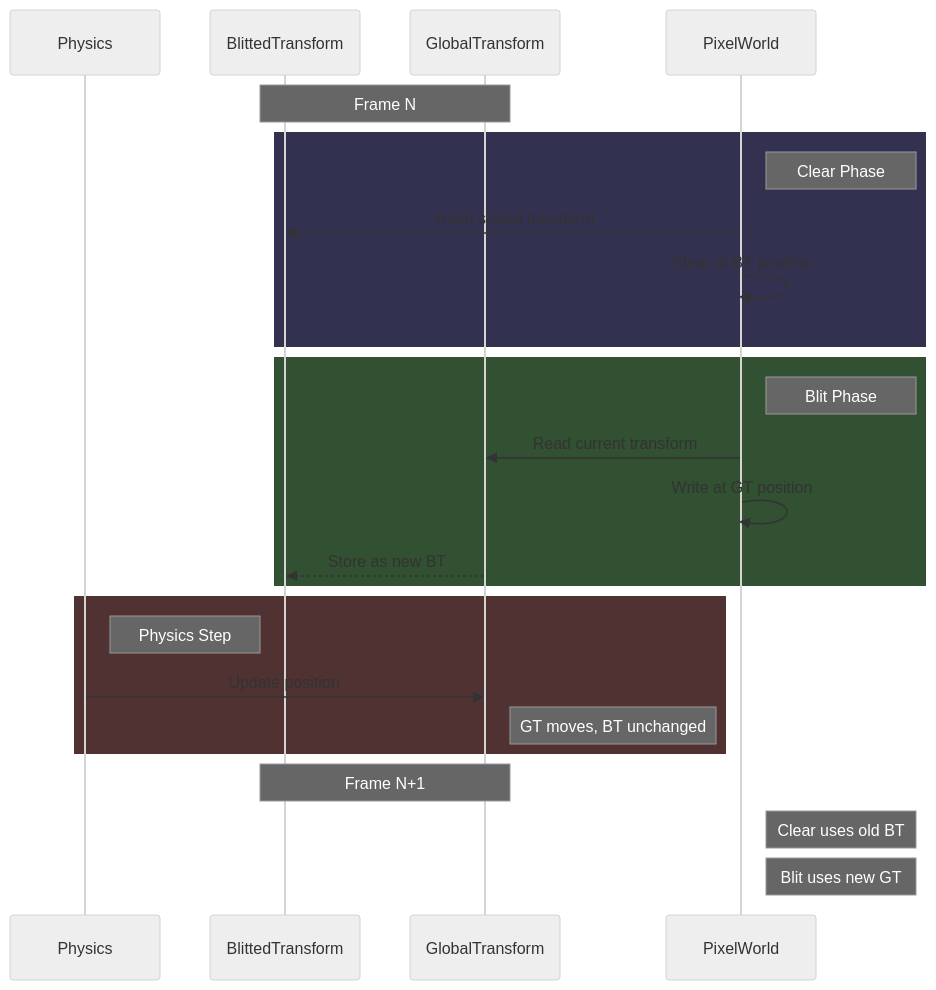
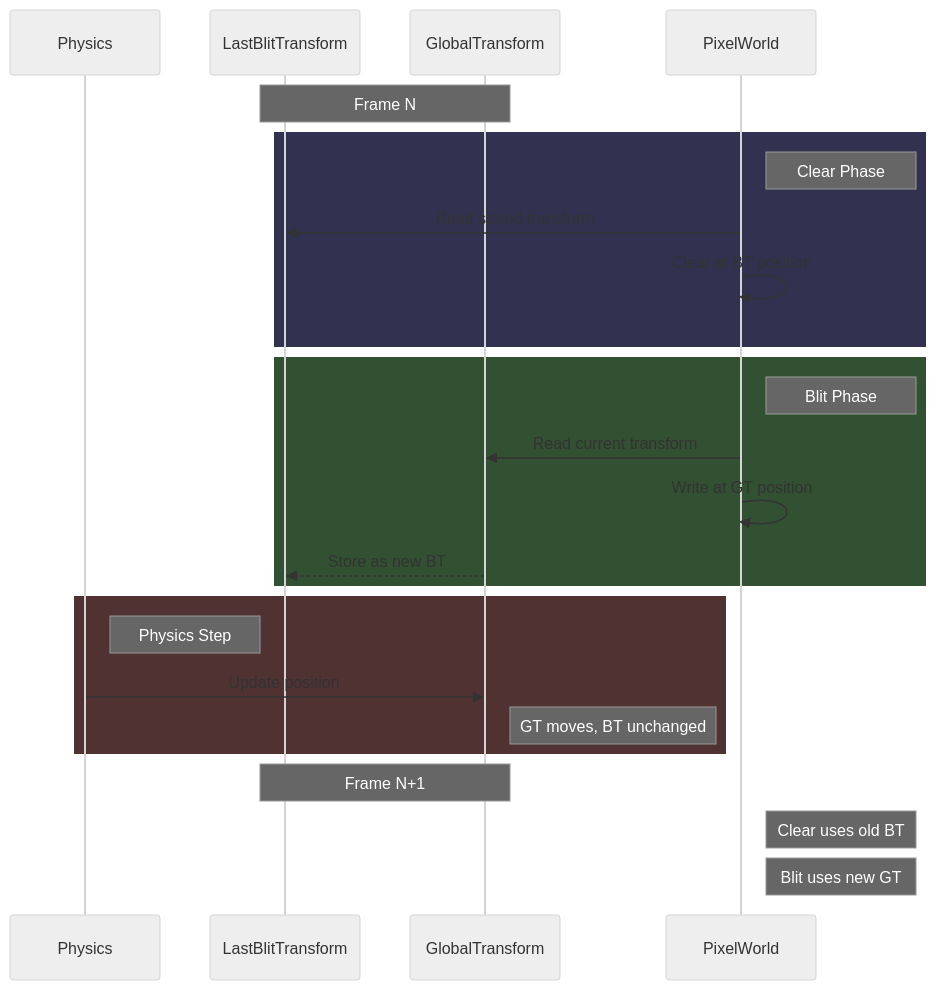
One commit to api-haus/bevy_pixel_world changed the third of 5 diagrams in docs/arhitecture/physics/pixel-bodies.md. Above: the diagram before and after it, drawn with Mermaid (neutral theme). The commit also changed other lines of this file and 5 other files, not shown here.

````diff
--- a/docs/arhitecture/physics/pixel-bodies.md
+++ b/docs/arhitecture/physics/pixel-bodies.md
@@ -186,32 +194,32 @@
 ```mermaid
 sequenceDiagram
     participant P as Physics
-    participant BT as BlittedTransform
+    participant BT as LastBlitTransform
     participant GT as GlobalTransform
     participant W as PixelWorld
 
     Note over BT,GT: Frame N
 
     rect rgb(50, 50, 80)
         Note right of W: Clear Phase
         W->>BT: Read stored transform
         W->>W: Clear at BT position
     end
 
     rect rgb(50, 80, 50)
         Note right of W: Blit Phase
         W->>GT: Read current transform
         W->>W: Write at GT position
         GT-->>BT: Store as new BT
     end
 
     rect rgb(80, 50, 50)
         Note right of P: Physics Step
         P->>GT: Update position
         Note right of GT: GT moves, BT unchanged
     end
 
     Note over BT,GT: Frame N+1
     Note right of W: Clear uses old BT
     Note right of W: Blit uses new GT
 ```
````
